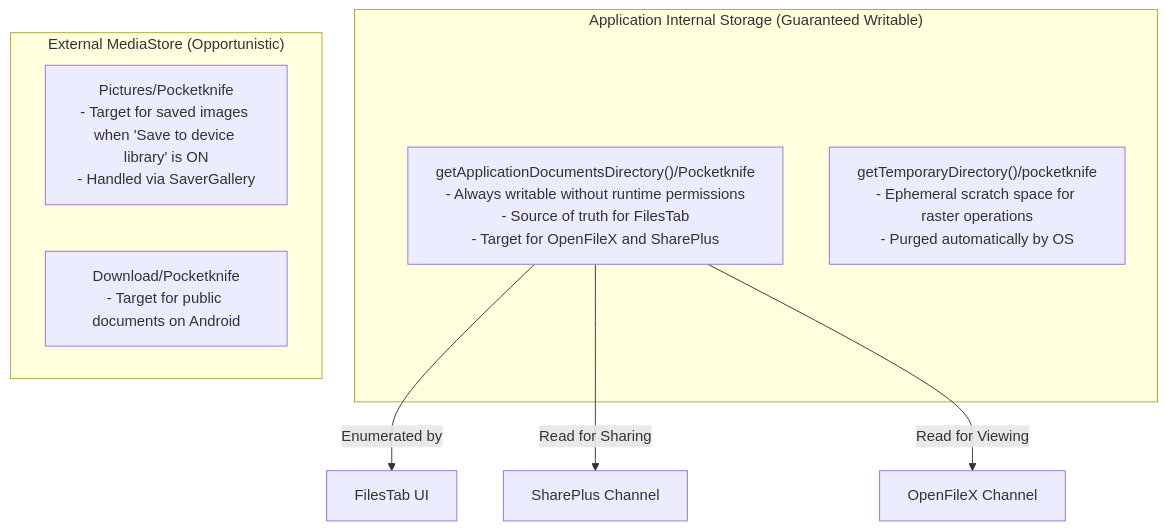
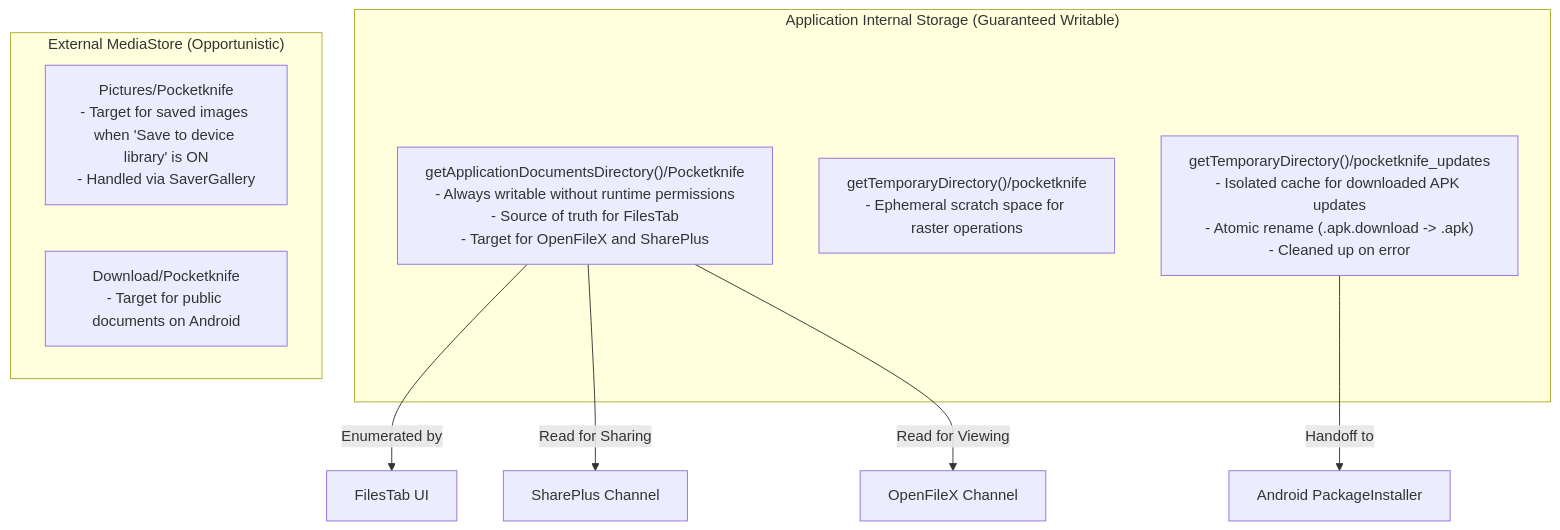
The diagram in docs/architecture/DATA_STORAGE_AND_NETWORKING.md (shadowmodex/pocketknife), drawn with Mermaid before and after one commit. The commit also changed other lines of this file and 18 other files, not shown here.

````diff
--- a/docs/architecture/DATA_STORAGE_AND_NETWORKING.md
+++ b/docs/architecture/DATA_STORAGE_AND_NETWORKING.md
@@ -36,16 +50,18 @@
 ```mermaid
 graph TD
     subgraph "Application Internal Storage (Guaranteed Writable)"
         AppOut["getApplicationDocumentsDirectory()/Pocketknife\n- Always writable without runtime permissions\n- Source of truth for FilesTab\n- Target for OpenFileX and SharePlus"]
-        TempDir["getTemporaryDirectory()/pocketknife\n- Ephemeral scratch space for raster operations\n- Purged automatically by OS"]
+        TempDir["getTemporaryDirectory()/pocketknife\n- Ephemeral scratch space for raster operations"]
+        UpdatesDir["getTemporaryDirectory()/pocketknife_updates\n- Isolated cache for downloaded APK updates\n- Atomic rename (.apk.download -> .apk)\n- Cleaned up on error"]
     end
 
     subgraph "External MediaStore (Opportunistic)"
         Pictures["Pictures/Pocketknife\n- Target for saved images when 'Save to device library' is ON\n- Handled via SaverGallery"]
         Downloads["Download/Pocketknife\n- Target for public documents on Android"]
     end
 
     AppOut -->|Enumerated by| FilesTab[FilesTab UI]
     AppOut -->|Read for Sharing| Share[SharePlus Channel]
     AppOut -->|Read for Viewing| Open[OpenFileX Channel]
+    UpdatesDir -->|Handoff to| Installer[Android PackageInstaller]
 ```
````
